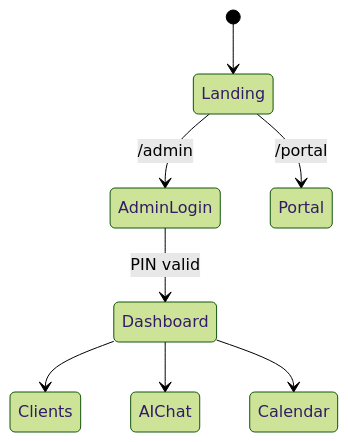
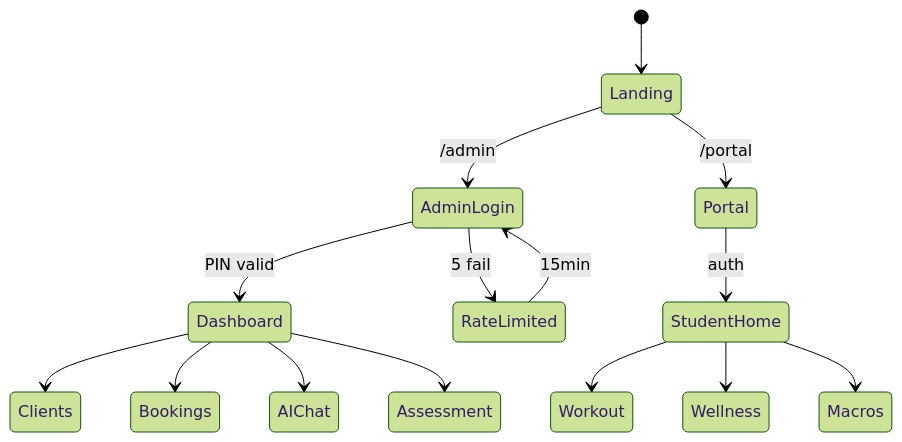
One commit to No3214/pt changed the third of 7 diagrams in .claude/skills/mermaid-diagrams/SKILL.md. Above: the diagram before and after it, drawn with Mermaid (forest theme). The commit also changed other lines of this file and 202 other files, not shown here.

````diff
--- a/.claude/skills/mermaid-diagrams/SKILL.md
+++ b/.claude/skills/mermaid-diagrams/SKILL.md
@@ -32,10 +45,17 @@
 ```mermaid
 stateDiagram-v2
     [*] --> Landing
     Landing --> AdminLogin: /admin
     AdminLogin --> Dashboard: PIN valid
     Dashboard --> Clients
+    Dashboard --> Bookings
     Dashboard --> AIChat
-    Dashboard --> Calendar
+    Dashboard --> Assessment
+    AdminLogin --> RateLimited: 5 fail
+    RateLimited --> AdminLogin: 15min
     Landing --> Portal: /portal
+    Portal --> StudentHome: auth
+    StudentHome --> Workout
+    StudentHome --> Wellness
+    StudentHome --> Macros
 ```
````
